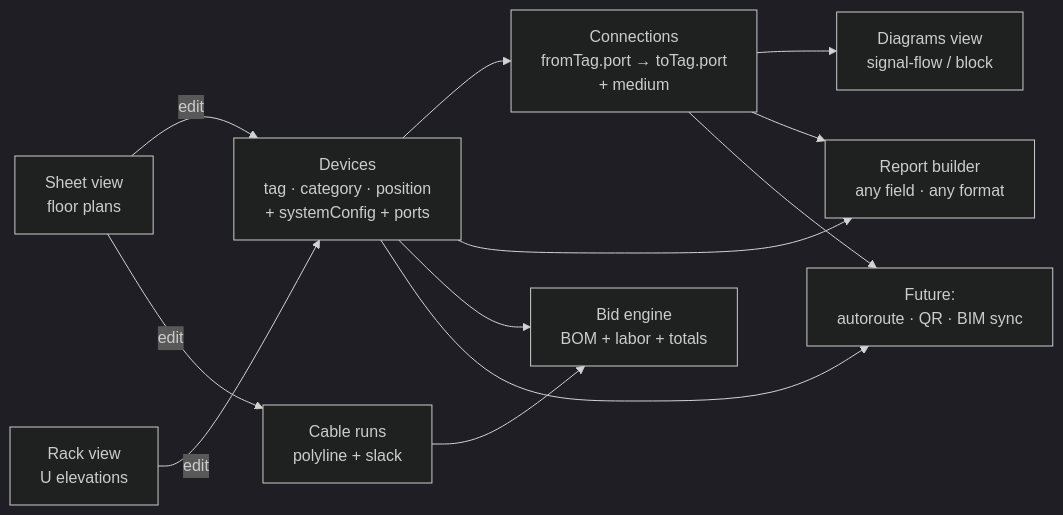
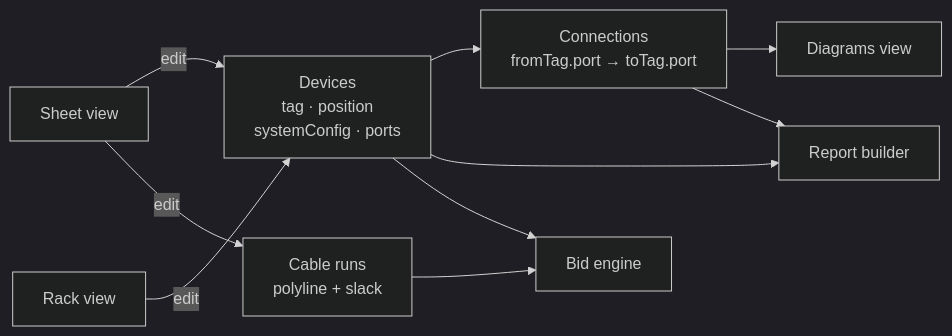
The diagram in README.md (PhillipAlexanderYoung/knoxnet-system-designer), drawn with Mermaid (dark theme) before and after one commit. The commit also changed other lines of this file and 4 other files, not shown here.

````diff
--- a/README.md
+++ b/README.md
@@ -90,24 +87,21 @@
 ```mermaid
 flowchart LR
-  Devices[Devices<br/>tag · category · position<br/>+ systemConfig + ports]
-  Connections[Connections<br/>fromTag.port → toTag.port<br/>+ medium]
+  Devices[Devices<br/>tag · position<br/>systemConfig · ports]
+  Connections[Connections<br/>fromTag.port → toTag.port]
   Cables[Cable runs<br/>polyline + slack]
-  Sheets[Sheet view<br/>floor plans]
-  Racks[Rack view<br/>U elevations]
-  Diagrams[Diagrams view<br/>signal-flow / block]
-  Reports[Report builder<br/>any field · any format]
-  Bid[Bid engine<br/>BOM + labor + totals]
-  Auto[Future:<br/>autoroute · QR · BIM sync]
+  Sheets[Sheet view]
+  Racks[Rack view]
+  Diagrams[Diagrams view]
+  Reports[Report builder]
+  Bid[Bid engine]
 
   Sheets -- edit --> Devices
   Sheets -- edit --> Cables
   Racks -- edit --> Devices
   Devices --> Connections
-  Connections --> Diagrams
-  Connections --> Reports
   Devices --> Reports
   Devices --> Bid
   Cables --> Bid
-  Connections --> Auto
-  Devices --> Auto
+  Connections --> Diagrams
+  Connections --> Reports
 ```
````
